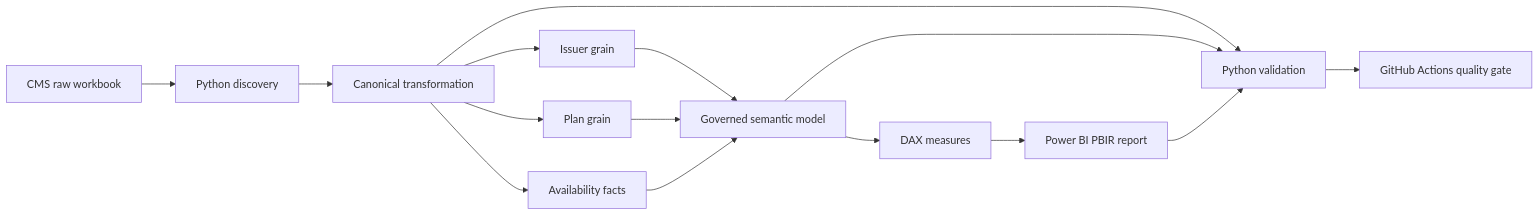
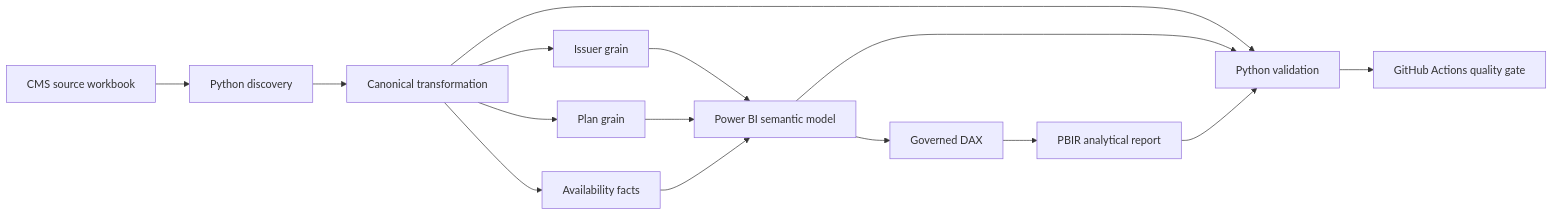
The diagram in README.md (khaledzidan203-stack/transparency-in-coverage-puf), drawn with Mermaid before and after one commit. The commit also changed other lines of this file, not shown here.

````diff
--- a/README.md
+++ b/README.md
@@ -55,17 +42,17 @@
 ```mermaid
 flowchart LR
-    A[CMS raw workbook] --> B[Python discovery]
+    A[CMS source workbook] --> B[Python discovery]
     B --> C[Canonical transformation]
     C --> I[Issuer grain]
     C --> P[Plan grain]
     C --> AV[Availability facts]
-    I --> S[Governed semantic model]
+    I --> S[Power BI semantic model]
     P --> S
     AV --> S
-    S --> D[DAX measures]
-    D --> R[Power BI PBIR report]
+    S --> D[Governed DAX]
+    D --> R[PBIR analytical report]
     C --> V[Python validation]
     S --> V
     R --> V
     V --> CI[GitHub Actions quality gate]
 ```
````
